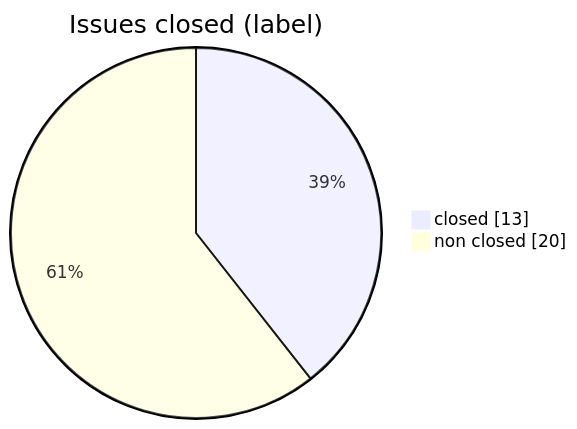
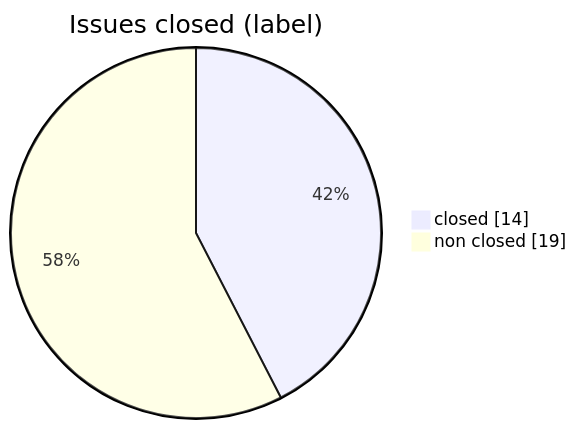
Before and after one commit to Gooseppr/GevOps_LC: the second of 7 diagrams in modules/M45_projet-board-J05.md, drawn with Mermaid. The commit also changed other lines of this file and 4 other files, not shown here.

````diff
--- a/modules/M45_projet-board-J05.md
+++ b/modules/M45_projet-board-J05.md
@@ -38,6 +38,6 @@
 ```mermaid
 pie showData
     title Issues closed (label)
-    "closed" : 13
-    "non closed" : 20
+    "closed" : 14
+    "non closed" : 19
 ```
````
